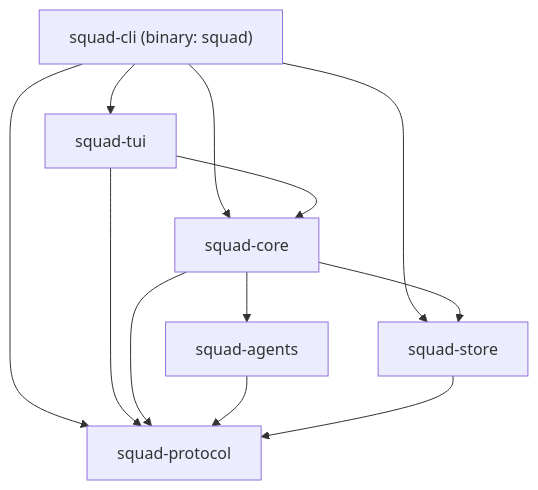
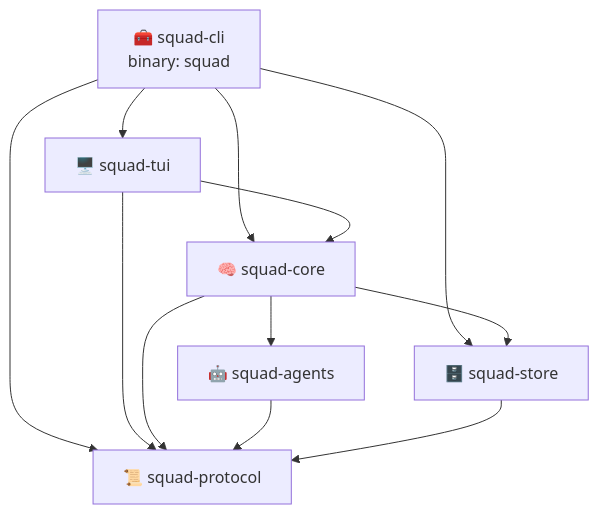
One commit to shoemoney/squad changed the eighth of 10 diagrams in README.md. Above: the diagram before and after it, drawn with Mermaid. The commit also changed other lines of this file and 7 other files, not shown here.

Commit message:
docs: ✨🎙️ README redesign for maximum flare — 3 P's TL;DR, animated banner, tested install, GIF for every mode, Mermaid, measured-cost chart, coming-soon table 🥋💸🔮

````diff
--- a/README.md
+++ b/README.md
@@ -454,14 +1476,14 @@
 ```mermaid
 flowchart TD
-    cli["squad-cli (binary: squad)"] --> tui["squad-tui"]
-    cli --> core["squad-core"]
-    cli --> store["squad-store"]
-    cli --> proto["squad-protocol"]
+    cli["🧰 squad-cli<br/>binary: squad"] --> tui["🖥️ squad-tui"]
+    cli --> core["🧠 squad-core"]
+    cli --> store["🗄️ squad-store"]
+    cli --> proto["📜 squad-protocol"]
     tui --> core
     tui --> proto
-    core --> agents["squad-agents"]
+    core --> agents["🤖 squad-agents"]
     core --> store
     core --> proto
     agents --> proto
     store --> proto
 ```
````
